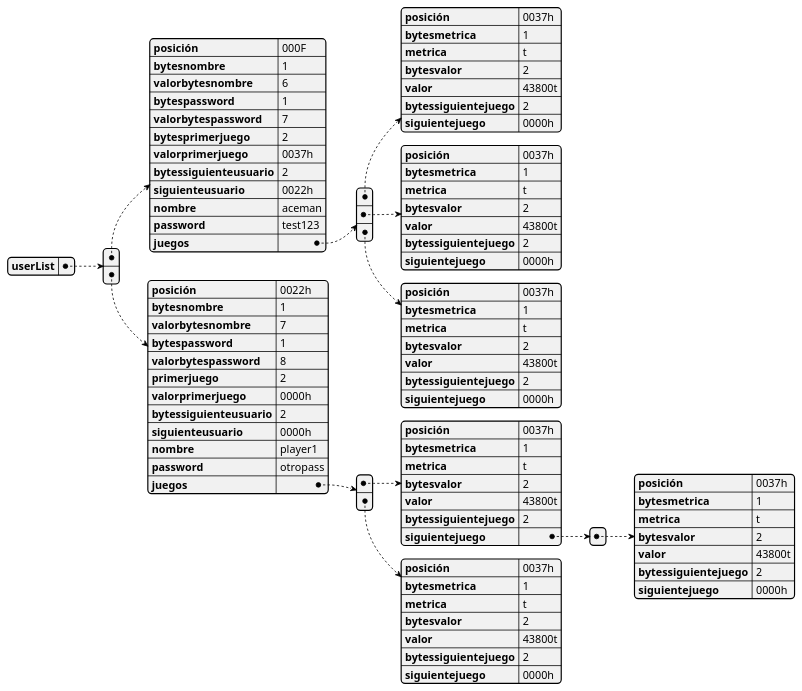
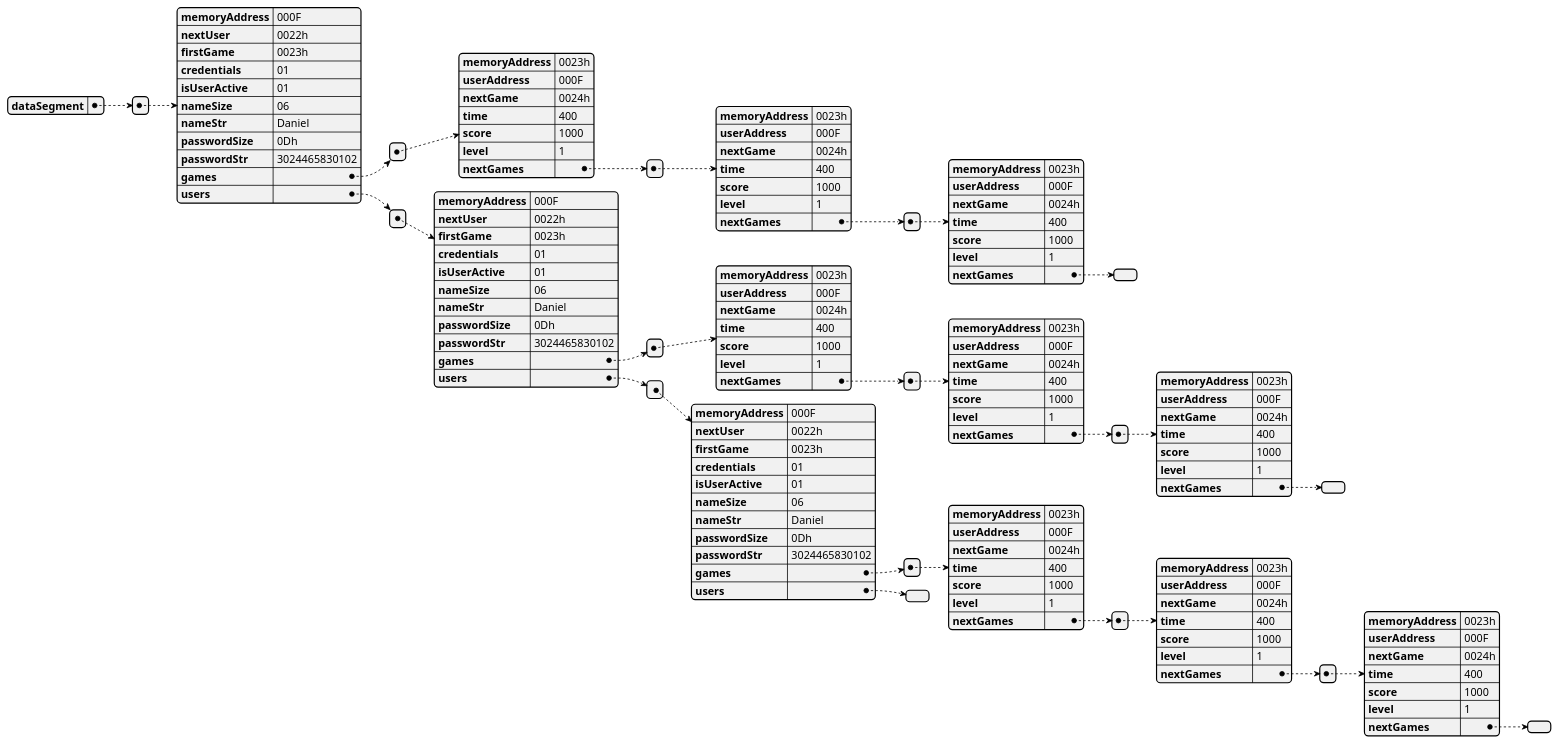
The diagram in docs/uml/uml.plantuml (danielcuque/ACE1-PROYECTO2), drawn with PlantUML before and after one commit. The commit also changed 3 other files, not shown here.

Commit message:
feat: initial data for memory graph

```diff
--- a/docs/uml/uml.plantuml
+++ b/docs/uml/uml.plantuml
@@ -2,88 +2,139 @@
-@startjson
+@startjson memoryAddress
 {
-  "userList": [
-    {
-      "posición": "000F",
-      "bytesnombre": 1,
-      "valorbytesnombre": 6,
-      "bytespassword": 1,
-      "valorbytespassword": 7,
-      "bytesprimerjuego": 2,
-      "valorprimerjuego": "0037h",
-      "bytessiguienteusuario": 2,
-      "siguienteusuario": "0022h",
-      "nombre" : "aceman",
-      "password" : "test123",
-      "juegos":[
+    "dataSegment": [
         {
-          "posición":"0037h",
-          "bytesmetrica": 1,
-          "metrica": "t",
-          "bytesvalor": 2,
-          "valor": "43800t",
-          "bytessiguientejuego": 2,
-          "siguientejuego": "0000h"
-},
-        {
-          "posición":"0037h",
-          "bytesmetrica": 1,
-          "metrica": "t",
-          "bytesvalor": 2,
-          "valor": "43800t",
-          "bytessiguientejuego": 2,
-          "siguientejuego": "0000h"
-},
-        {
-          "posición":"0037h",
-          "bytesmetrica": 1,
-          "metrica": "t",
-          "bytesvalor": 2,
-          "valor": "43800t",
-          "bytessiguientejuego": 2,
-          "siguientejuego": "0000h"
+            "memoryAddress": "000F",
+            "nextUser": "0022h",
+            "firstGame": "0023h",
+            "credentials": "01",
+            "isUserActive": "01",
+            "nameSize": "06",
+            "nameStr": "Daniel",
+            "passwordSize": "0Dh",
+            "passwordStr": "3024465830102",
+            "games": [
+                {
+                    "memoryAddress": "0023h",
+                    "userAddress": "000F",
+                    "nextGame": "0024h",
+                    "time": "400",
+                    "score": "1000",
+                    "level": "1",
+                    "nextGames": [
+                        {
+                            "memoryAddress": "0023h",
+                            "userAddress": "000F",
+                            "nextGame": "0024h",
+                            "time": "400",
+                            "score": "1000",
+                            "level": "1",
+                            "nextGames": [
+                                {
+                                    "memoryAddress": "0023h",
+                                    "userAddress": "000F",
+                                    "nextGame": "0024h",
+                                    "time": "400",
+                                    "score": "1000",
+                                    "level": "1",
+                                    "nextGames": []
+                                }
+                            ]
+                        }
+                    ]
+                }
+            ],
+            "users": [
+                {
+                    "memoryAddress": "000F",
+                    "nextUser": "0022h",
+                    "firstGame": "0023h",
+                    "credentials": "01",
+                    "isUserActive": "01",
+                    "nameSize": "06",
+                    "nameStr": "Daniel",
+                    "passwordSize": "0Dh",
+                    "passwordStr": "3024465830102",
+                    "games": [
+                        {
+                            "memoryAddress": "0023h",
+                            "userAddress": "000F",
+                            "nextGame": "0024h",
+                            "time": "400",
+                            "score": "1000",
+                            "level": "1",
+                            "nextGames": [
+                                {
+                                    "memoryAddress": "0023h",
+                                    "userAddress": "000F",
+                                    "nextGame": "0024h",
+                                    "time": "400",
+                                    "score": "1000",
+                                    "level": "1",
+                                    "nextGames": [
+                                        {
+                                            "memoryAddress": "0023h",
+                                            "userAddress": "000F",
+                                            "nextGame": "0024h",
+                                            "time": "400",
+                                            "score": "1000",
+                                            "level": "1",
+                                            "nextGames": []
+                                        }
+                                    ]
+                                }
+                            ]
+                        }
+                    ],
+                    "users": [
+                        {
+                            "memoryAddress": "000F",
+                            "nextUser": "0022h",
+                            "firstGame": "0023h",
+                            "credentials": "01",
+                            "isUserActive": "01",
+                            "nameSize": "06",
+                            "nameStr": "Daniel",
+                            "passwordSize": "0Dh",
+                            "passwordStr": "3024465830102",
+                            "games": [
+                                {
+                                    "memoryAddress": "0023h",
+                                    "userAddress": "000F",
+                                    "nextGame": "0024h",
+                                    "time": "400",
+                                    "score": "1000",
+                                    "level": "1",
+                                    "nextGames": [
+                                        {
+                                            "memoryAddress": "0023h",
+                                            "userAddress": "000F",
+                                            "nextGame": "0024h",
+                                            "time": "400",
+                                            "score": "1000",
+                                            "level": "1",
+                                            "nextGames": [
+                                                {
+                                                    "memoryAddress": "0023h",
+                                                    "userAddress": "000F",
+                                                    "nextGame": "0024h",
+                                                    "time": "400",
+                                                    "score": "1000",
+                                                    "level": "1",
+                                                    "nextGames": [
+                                                      
+                                                    ]
+                                                }
+                                            ]
+                                        }
+                                    ]
+                                }
+                            ],
+                            "users": []
+                        }
+                    ]
+                }
+            ]
+        }
+    ]
 }
-]
-}, {
-      "posición": "0022h",
-      "bytesnombre": 1,
-      "valorbytesnombre": 7,
-      "bytespassword": 1,
-      "valorbytespassword": 8,
-      "primerjuego": 2,
-      "valorprimerjuego": "0000h",
-      "bytessiguienteusuario": 2,
-      "siguienteusuario": "0000h",
-      "nombre" : "player1",
-      "password" : "otropass",
-      "juegos":[
-        {
-          "posición":"0037h",
-          "bytesmetrica": 1,
-          "metrica": "t",
-          "bytesvalor": 2,
-          "valor": "43800t",
-          "bytessiguientejuego": 2,
-          "siguientejuego": [
-            {
-          "posición":"0037h",
-          "bytesmetrica": 1,
-          "metrica": "t",
-          "bytesvalor": 2,
-          "valor": "43800t",
-          "bytessiguientejuego": 2,
-          "siguientejuego": "0000h"
-}
-          ]
-},
-{
-          "posición":"0037h",
-          "bytesmetrica": 1,
-          "metrica": "t",
-          "bytesvalor": 2,
-          "valor": "43800t",
-          "bytessiguientejuego": 2,
-          "siguientejuego": "0000h"
-}
-] }
-] }
 @endjson
```
